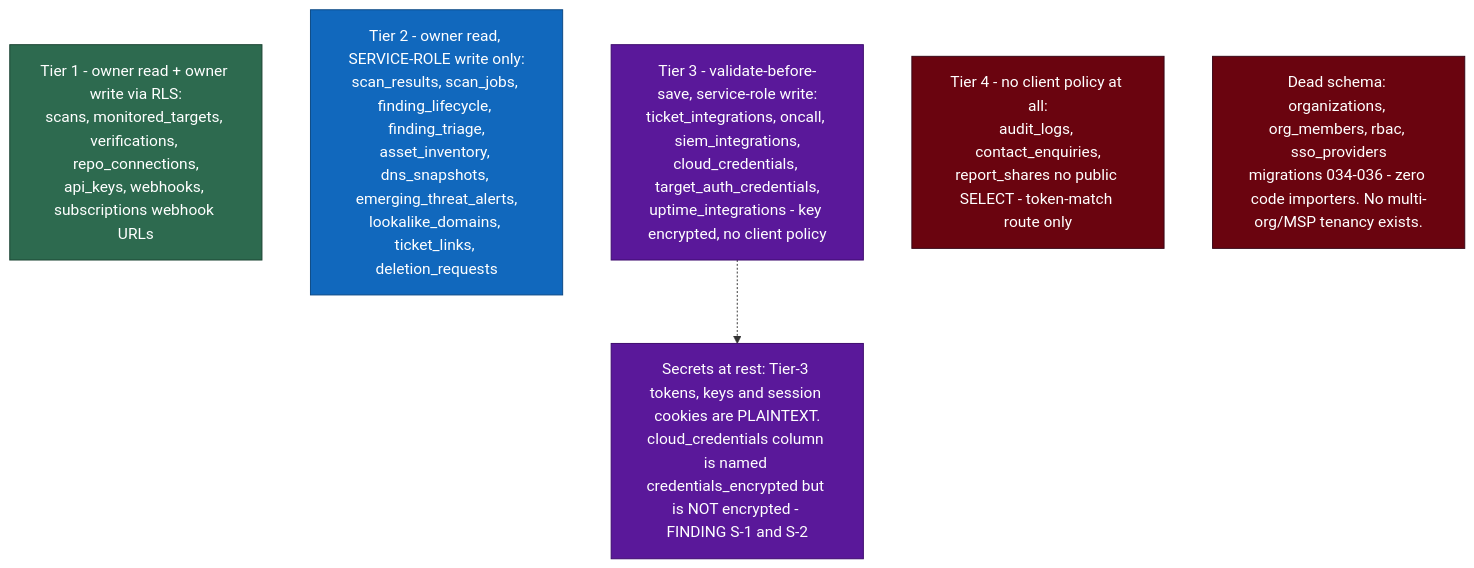
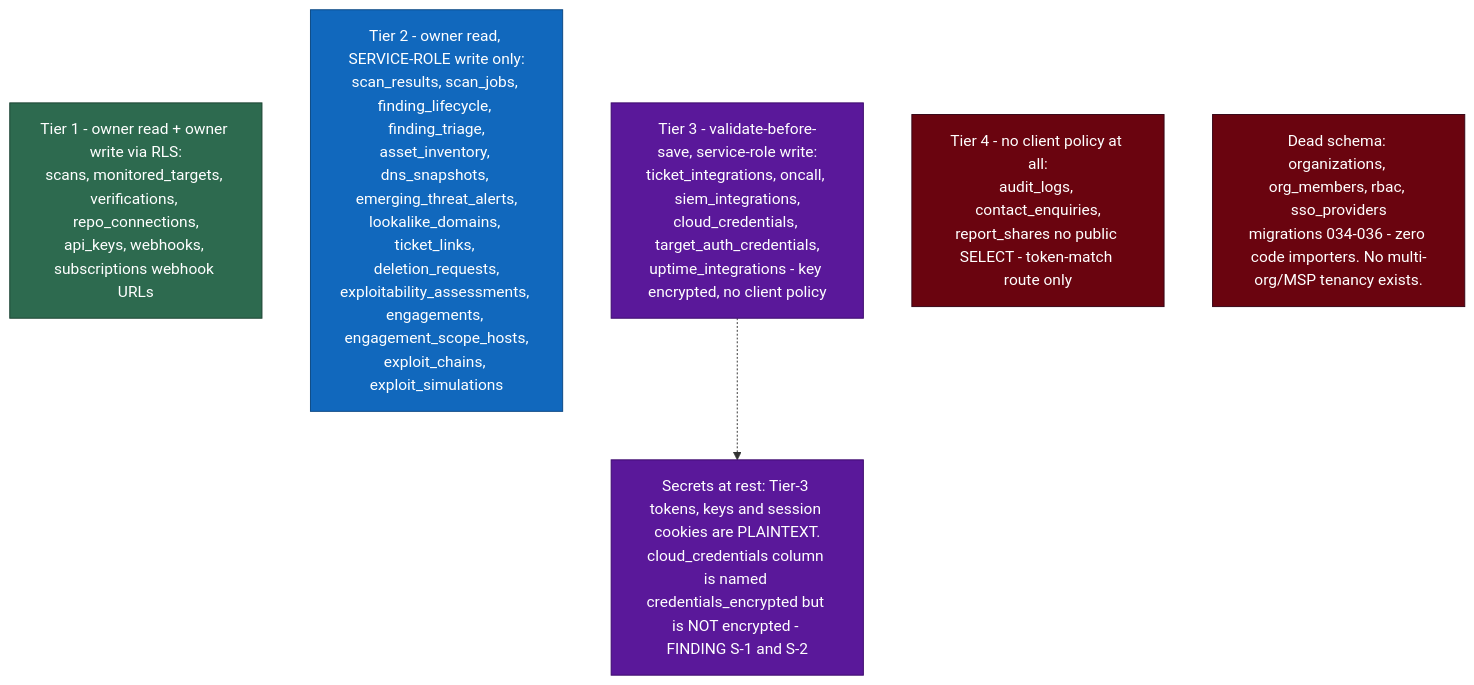
Before and after one commit to andrew-barvas/hebrides-cyber: the second of 2 diagrams in hebridescyber-app/docs/DATA-MODEL.md, drawn with Mermaid. The commit also changed other lines of this file and 16 other files, not shown here.

First line of the commit message:
feat(exploitability): week 4 — scan pass, persistence, migrations 070 and 071

````diff
--- a/hebridescyber-app/docs/DATA-MODEL.md
+++ b/hebridescyber-app/docs/DATA-MODEL.md
@@ -70,14 +75,14 @@
 ```mermaid
 flowchart TB
     classDef t1 fill:#2d6a4f,stroke:#1b4332,color:#fff
     classDef t2 fill:#1168bd,stroke:#0b4884,color:#fff
     classDef t3 fill:#5a189a,stroke:#3c096c,color:#fff
     classDef t4 fill:#6a040f,stroke:#370617,color:#fff
     T1[Tier 1 - owner read + owner write via RLS:<br/>scans, monitored_targets, verifications, repo_connections,<br/>api_keys, webhooks, subscriptions webhook URLs]:::t1
-    T2[Tier 2 - owner read, SERVICE-ROLE write only:<br/>scan_results, scan_jobs, finding_lifecycle, finding_triage,<br/>asset_inventory, dns_snapshots, emerging_threat_alerts,<br/>lookalike_domains, ticket_links, deletion_requests]:::t2
+    T2[Tier 2 - owner read, SERVICE-ROLE write only:<br/>scan_results, scan_jobs, finding_lifecycle, finding_triage,<br/>asset_inventory, dns_snapshots, emerging_threat_alerts,<br/>lookalike_domains, ticket_links, deletion_requests,<br/>exploitability_assessments, engagements, engagement_scope_hosts,<br/>exploit_chains, exploit_simulations]:::t2
     T3[Tier 3 - validate-before-save, service-role write:<br/>ticket_integrations, oncall, siem_integrations,<br/>cloud_credentials, target_auth_credentials,<br/>uptime_integrations - key encrypted, no client policy]:::t3
     T4[Tier 4 - no client policy at all:<br/>audit_logs, contact_enquiries,<br/>report_shares no public SELECT - token-match route only]:::t4
     N1["Secrets at rest: Tier-3 tokens, keys and session cookies are PLAINTEXT.<br/>cloud_credentials column is named credentials_encrypted but is NOT encrypted - FINDING S-1 and S-2"]:::t3
     N2["Dead schema: organizations, org_members, rbac, sso_providers<br/>migrations 034-036 - zero code importers. No multi-org/MSP tenancy exists."]:::t4
     T3 -.-> N1
 ```
````
